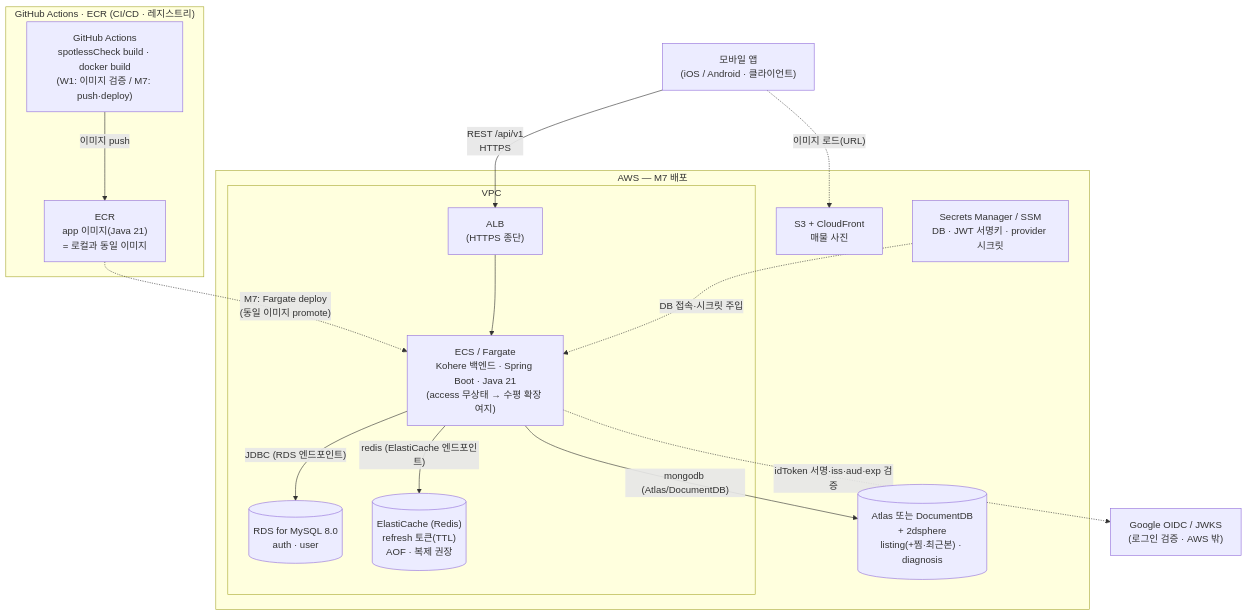
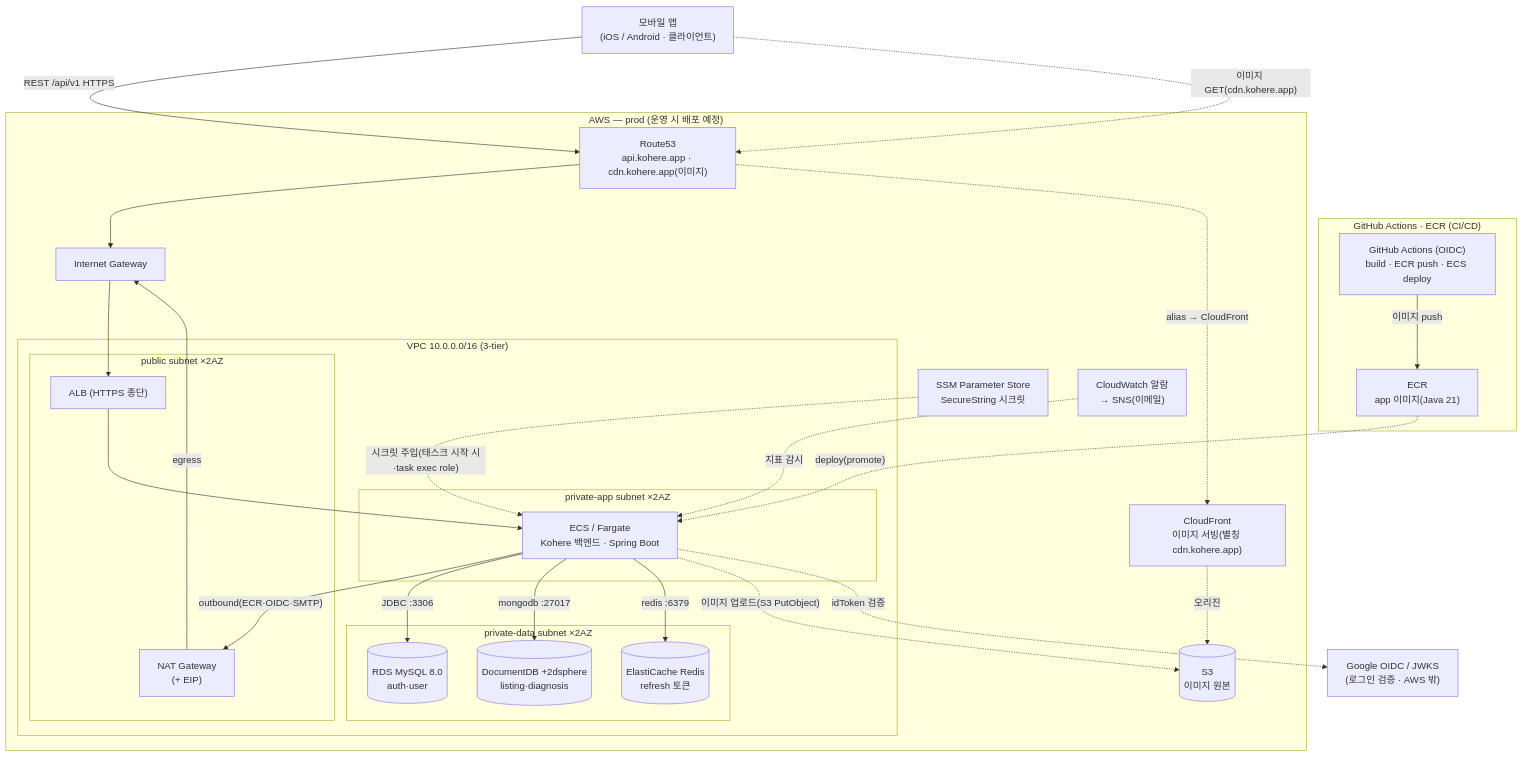
The fourth of 5 diagrams in docs/architecture/system-overview.md (jameskim9509/Kohere-backend), drawn with Mermaid before and after one commit. The commit also changed other lines of this file and 133 other files, not shown here.

First line of the commit message:
feat(infra): AWS 배포 Terraform 인프라 (dev/prod·bootstrap·CI/CD) (#35) (#36)

````diff
--- a/docs/architecture/system-overview.md
+++ b/docs/architecture/system-overview.md
@@ -168,35 +173,52 @@
 ```mermaid
 flowchart TB
     APP["모바일 앱<br/>(iOS / Android · 클라이언트)"]
+    EXT["Google OIDC / JWKS<br/>(로그인 검증 · AWS 밖)"]
 
-    subgraph CICD["GitHub Actions · ECR (CI/CD · 레지스트리)"]
-      GHA["GitHub Actions<br/>spotlessCheck build · docker build<br/>(W1: 이미지 검증 / M7: push·deploy)"]
-      ECR["ECR<br/>app 이미지(Java 21)<br/>= 로컬과 동일 이미지"]
+    subgraph CICD["GitHub Actions · ECR (CI/CD)"]
+      GHA["GitHub Actions (OIDC)<br/>build · ECR push · ECS deploy"]
+      ECR["ECR<br/>app 이미지(Java 21)"]
     end
 
-    subgraph AWS["AWS — M7 배포"]
-      subgraph VPC["VPC"]
-        ALB["ALB<br/>(HTTPS 종단)"]
-        FARGATE["ECS / Fargate<br/>Kohere 백엔드 · Spring Boot · Java 21<br/>(access 무상태 → 수평 확장 여지)"]
-        RDS[("RDS for MySQL 8.0<br/>auth · user")]
-        ELASTI[("ElastiCache (Redis)<br/>refresh 토큰(TTL)<br/>AOF · 복제 권장")]
+    subgraph AWS["AWS — prod (운영 시 배포 예정)"]
+      R53["Route53<br/>api.kohere.app · cdn.kohere.app(이미지)"]
+      CF["CloudFront<br/>이미지 서빙(별칭 cdn.kohere.app)"]
+      S3IMG[("S3<br/>이미지 원본")]
+      SSM["SSM Parameter Store<br/>SecureString 시크릿"]
+      CW["CloudWatch 알람<br/>→ SNS(이메일)"]
+      IGW["Internet Gateway"]
+      subgraph VPC["VPC 10.0.0.0/16 (3-tier)"]
+        subgraph PUB["public subnet ×2AZ"]
+          ALB["ALB (HTTPS 종단)"]
+          NAT["NAT Gateway<br/>(+ EIP)"]
+        end
+        subgraph APPNET["private-app subnet ×2AZ"]
+          FARGATE["ECS / Fargate<br/>Kohere 백엔드 · Spring Boot"]
+        end
+        subgraph DATANET["private-data subnet ×2AZ"]
+          RDS[("RDS MySQL 8.0<br/>auth·user")]
+          MONGO[("DocumentDB +2dsphere<br/>listing·diagnosis")]
+          ELASTI[("ElastiCache Redis<br/>refresh 토큰")]
+        end
       end
-      MONGO[("Atlas 또는 DocumentDB<br/>+ 2dsphere<br/>listing(+찜·최근본) · diagnosis")]
-      S3["S3 + CloudFront<br/>매물 사진"]
-      SECRET["Secrets Manager / SSM<br/>DB · JWT 서명키 · provider 시크릿"]
     end
 
-    EXT["Google OIDC / JWKS<br/>(로그인 검증 · AWS 밖)"]
-
     GHA -- "이미지 push" --> ECR
-    ECR -. "M7: Fargate deploy<br/>(동일 이미지 promote)" .-> FARGATE
-
-    APP -- "REST /api/v1<br/>HTTPS" --> ALB
+    ECR -. "deploy(promote)" .-> FARGATE
+    APP -- "REST /api/v1 HTTPS" --> R53
+    R53 --> IGW
+    IGW --> ALB
     ALB --> FARGATE
-    SECRET -. "DB 접속·시크릿 주입" .-> FARGATE
-    FARGATE -- "JDBC (RDS 엔드포인트)" --> RDS
-    FARGATE -- "mongodb (Atlas/DocumentDB)" --> MONGO
-    FARGATE -- "redis (ElastiCache 엔드포인트)" --> ELASTI
-    APP -. "이미지 로드(URL)" .-> S3
-    FARGATE -. "idToken 서명·iss·aud·exp 검증" .-> EXT
+    FARGATE -- "outbound(ECR·OIDC·SMTP)" --> NAT
+    NAT -- "egress" --> IGW
+    SSM -. "시크릿 주입(태스크 시작 시·task exec role)" .-> FARGATE
+    FARGATE -- "JDBC :3306" --> RDS
+    FARGATE -- "mongodb :27017" --> MONGO
+    FARGATE -- "redis :6379" --> ELASTI
+    FARGATE -. "이미지 업로드(S3 PutObject)" .-> S3IMG
+    CF -. "오리진" .-> S3IMG
+    APP -. "이미지 GET(cdn.kohere.app)" .-> R53
+    R53 -. "alias → CloudFront" .-> CF
+    FARGATE -. "idToken 검증" .-> EXT
+    CW -. "지표 감시" .-> FARGATE
 ```
````
